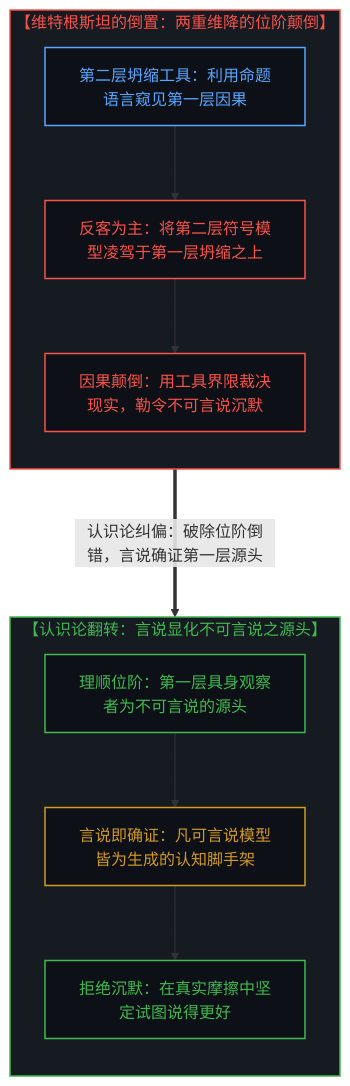
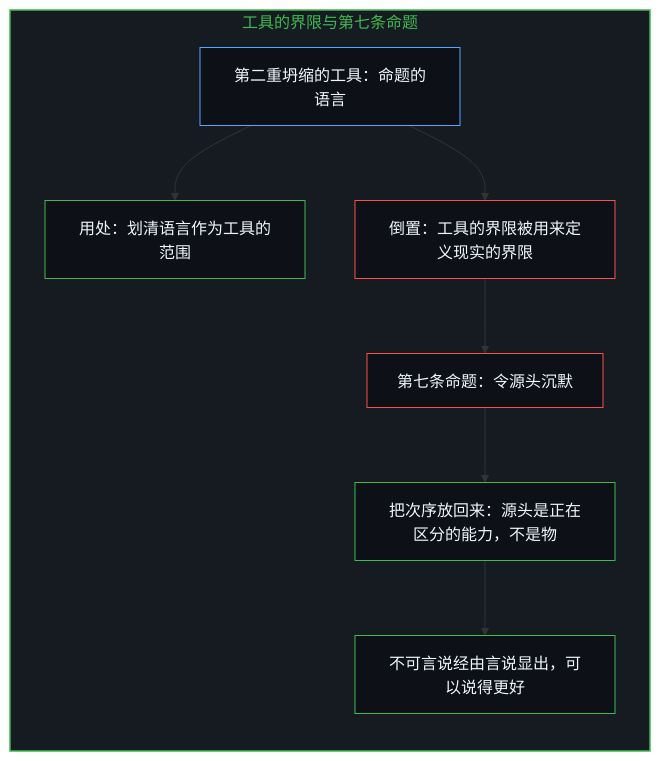
The seventh of 10 diagrams in content/posts/all-that-can-be-spoken-is-the-product-of-the-unspeakable.md (powerpig99/not-a-toe), drawn with Mermaid before and after one commit. The commit also changed other lines of this file and 2 other files, not shown here.

Commit message:
Refine all-that-can-be-spoken-is-the-product-of-the-unspeakable: alternating bilingual layout, five paired diagrams, the cut and the informational side of the machine, implicit first person

````diff
--- a/content/posts/all-that-can-be-spoken-is-the-product-of-the-unspeakable.md
+++ b/content/posts/all-that-can-be-spoken-is-the-product-of-the-unspeakable.md
@@ -249,29 +235,25 @@
 ```mermaid
-graph TD
-    classDef default fill:#0d1117,stroke:#30363d,stroke-width:1px,color:#f0f6fc;
-    classDef mind fill:#0d1117,stroke:#3fb950,stroke-width:1.5px,color:#3fb950;
-    classDef failure fill:#0d1117,stroke:#f85149,stroke-width:1.5px,color:#f85149;
-    classDef scaffold fill:#0d1117,stroke:#d29922,stroke-width:1.5px,color:#d29922;
-    classDef model fill:#0d1117,stroke:#58a6ff,stroke-width:1.5px,color:#58a6ff;
-
-    subgraph S_Wittgenstein ["【维特根斯坦的倒置：两重维降的位阶颠倒】"]
+flowchart TD
+    subgraph S_Seven["工具的界限与第七条命题"]
         direction TB
-        W1["第二层坍缩工具：利用命题语言窥见第一层因果"]:::model
-        W2["反客为主：将第二层符号模型凌驾于第一层坍缩之上"]:::failure
-        W3["因果颠倒：用工具界限裁决现实，勒令不可言说沉默"]:::failure
-        W1 --> W2 --> W3
+        Tool["第二重坍缩的工具：命题的语言"]
+        Use["用处：划清语言作为工具的范围"]
+        Over["倒置：工具的界限被用来定义现实的界限"]
+        Silent["第七条命题：令源头沉默"]
+        Back["把次序放回来：源头是正在区分的能力，不是物"]
+        Speak["不可言说经由言说显出，可以说得更好"]
+        Tool --> Use
+        Tool --> Over
+        Over --> Silent
+        Silent --> Back
+        Back --> Speak
     end
 
-    subgraph S_Reconstruction ["【认识论翻转：言说显化不可言说之源头】"]
-        direction TB
-        R1["理顺位阶：第一层具身观察者为不可言说的源头"]:::mind
-        R2["言说即确证：凡可言说模型皆为生成的认知脚手架"]:::scaffold
-        R3["拒绝沉默：在真实摩擦中坚定试图说得更好"]:::mind
-        R1 --> R2 --> R3
-    end
-
-    W3 ===>|"认识论纠偏：破除位阶倒错，言说确证第一层源头"| R1
-
-    style S_Wittgenstein fill:#161b22,stroke:#f85149,stroke-width:1.5px,color:#f85149
-    style S_Reconstruction fill:#161b22,stroke:#3fb950,stroke-width:1.5px,color:#3fb950
+    style S_Seven fill:#161b22,stroke:#3fb950,stroke-width:1.5px,color:#3fb950
+    style Tool fill:#0d1117,stroke:#58a6ff,stroke-width:1px,color:#f0f6fc
+    style Use fill:#0d1117,stroke:#3fb950,stroke-width:1px,color:#f0f6fc
+    style Over fill:#0d1117,stroke:#f85149,stroke-width:1px,color:#f0f6fc
+    style Silent fill:#0d1117,stroke:#f85149,stroke-width:1px,color:#f0f6fc
+    style Back fill:#0d1117,stroke:#3fb950,stroke-width:1px,color:#f0f6fc
+    style Speak fill:#0d1117,stroke:#3fb950,stroke-width:1px,color:#f0f6fc
 ```
````
